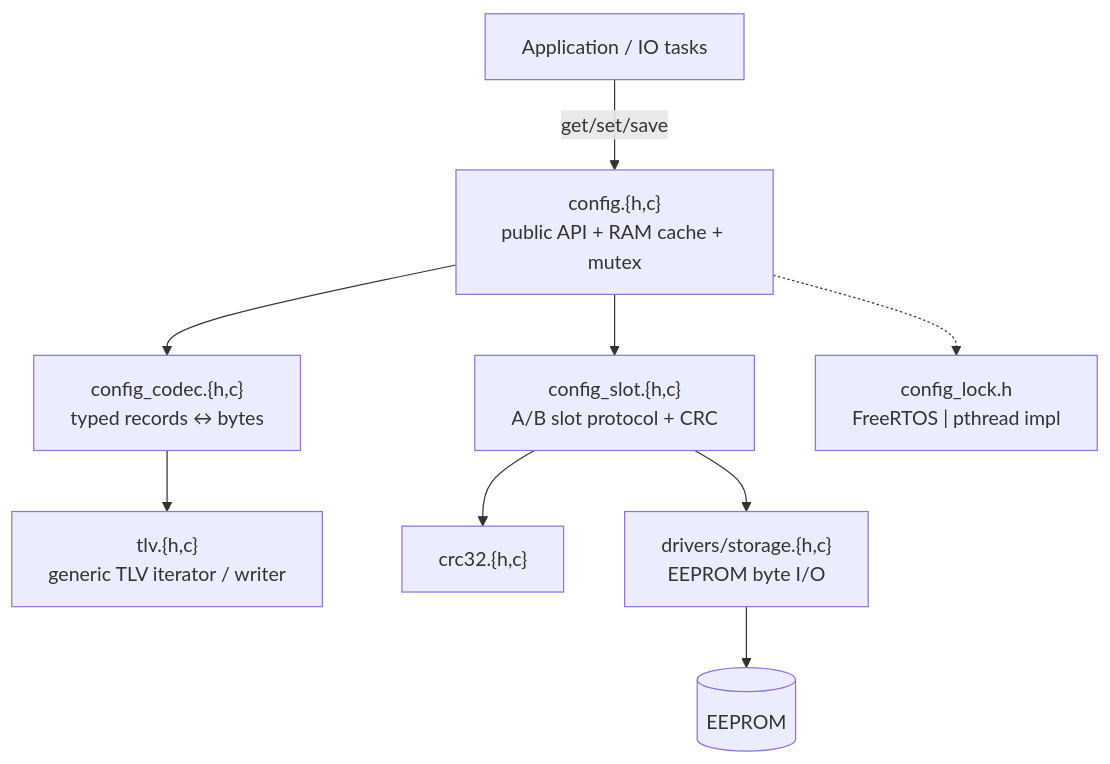
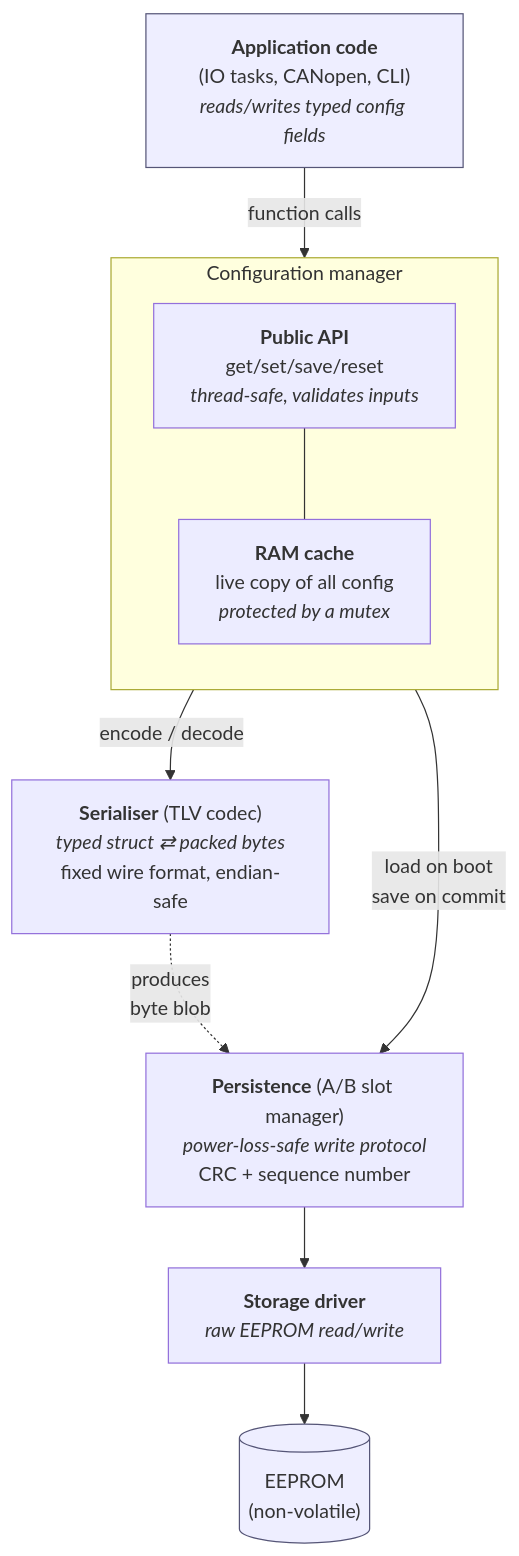
One commit to JakubMini/config-wp changed the first of 4 diagrams in docs/DESIGN.md. Above: the diagram before and after it, drawn with Mermaid. The commit also changed other lines of this file and 8 other files, not shown here.

````diff
--- a/docs/DESIGN.md
+++ b/docs/DESIGN.md
@@ -15,21 +19,26 @@
 ```mermaid
 flowchart TD
-    App["Application / IO tasks"]
-    Mgr["config.{h,c}<br/>public API + RAM cache + mutex"]
-    Codec["config_codec.{h,c}<br/>typed records ↔ bytes"]
-    TLV["tlv.{h,c}<br/>generic TLV iterator / writer"]
-    Slot["config_slot.{h,c}<br/>A/B slot protocol + CRC"]
-    CRC["crc32.{h,c}"]
-    Drv["drivers/storage.{h,c}<br/>EEPROM byte I/O"]
-    Lock["config_lock.h<br/>FreeRTOS | pthread impl"]
-    HW[("EEPROM")]
+    App["<b>Application code</b><br/>(IO tasks, CANopen, CLI)<br/><i>reads/writes typed config fields</i>"]
 
-    App -->|get/set/save| Mgr
-    Mgr --> Codec
-    Mgr -.-> Lock
-    Codec --> TLV
-    Mgr --> Slot
-    Slot --> CRC
+    subgraph Manager ["Configuration manager"]
+      direction TB
+      API["<b>Public API</b><br/>get/set/save/reset<br/><i>thread-safe, validates inputs</i>"]
+      Cache["<b>RAM cache</b><br/>live copy of all config<br/><i>protected by a mutex</i>"]
+      API --- Cache
+    end
+
+    Codec["<b>Serialiser</b> (TLV codec)<br/><i>typed struct ⇄ packed bytes</i><br/>fixed wire format, endian-safe"]
+    Slot["<b>Persistence</b> (A/B slot manager)<br/><i>power-loss-safe write protocol</i><br/>CRC + sequence number"]
+    Drv["<b>Storage driver</b><br/><i>raw EEPROM read/write</i>"]
+    HW[("EEPROM<br/>(non-volatile)")]
+
+    App -->|"function calls"| API
+    Manager -->|"encode / decode"| Codec
+    Manager -->|"load on boot<br/>save on commit"| Slot
+    Codec -.->|"produces<br/>byte blob"| Slot
     Slot --> Drv
     Drv --> HW
+
+    classDef ext fill:#eef,stroke:#557
+    class App,HW ext
 ```
````
